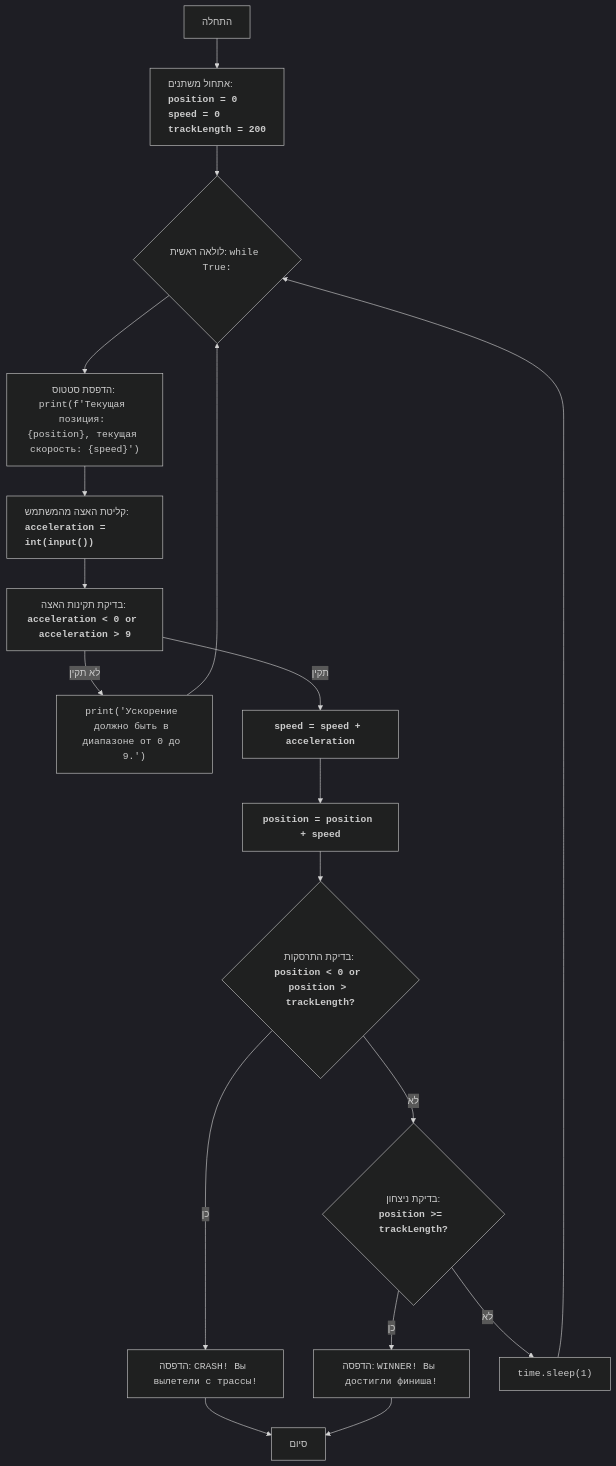
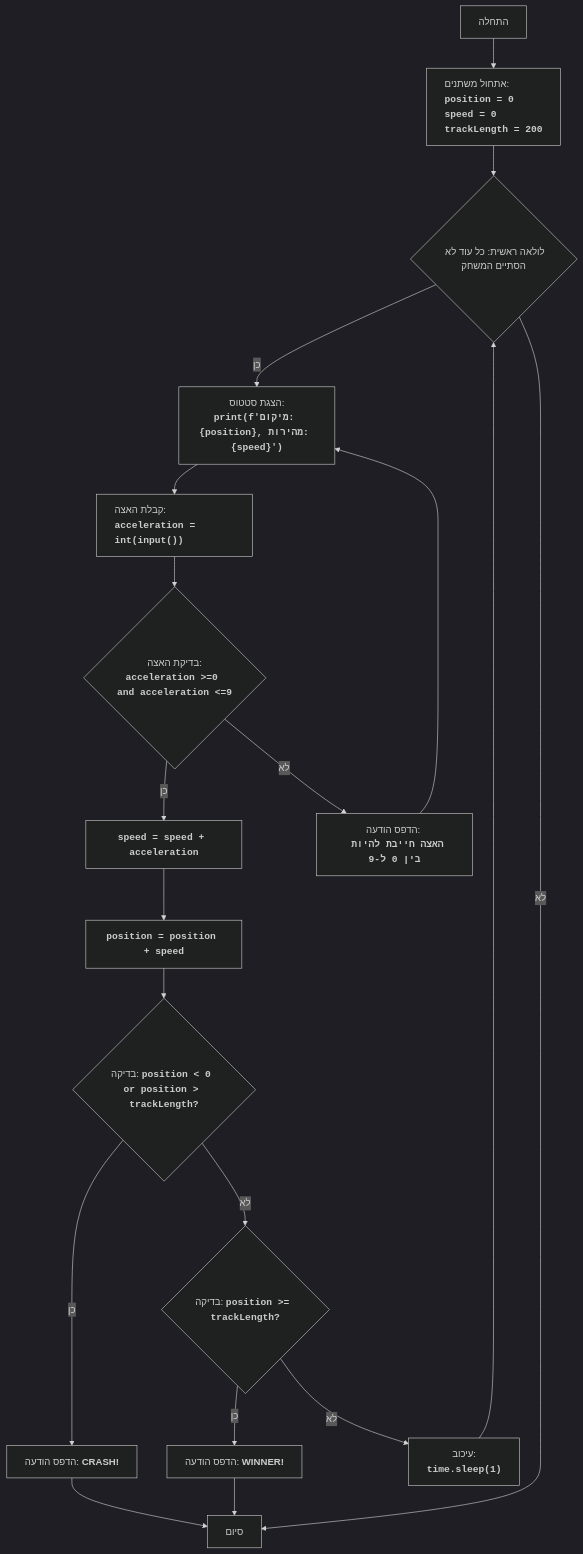
One commit to hypo69/hypo changed the diagram in docs/gemini/he/explainer/src/endpoints/ai_games/101_basic_computer_games/ru/GAMES/CAN AM/can_am.py.md. Above: the diagram before and after it, drawn with Mermaid (dark theme). The commit also changed other lines of this file and 885 other files, not shown here.

````diff
--- a/docs/gemini/he/explainer/src/endpoints/ai_games/101_basic_computer_games/ru/GAMES/CAN AM/can_am.py.md
+++ b/docs/gemini/he/explainer/src/endpoints/ai_games/101_basic_computer_games/ru/GAMES/CAN AM/can_am.py.md
@@ -56,20 +36,22 @@
 ```mermaid
 flowchart TD
     Start["התחלה"] --> InitializeVariables["<p align='left'>אתחול משתנים:<br><code><b>position = 0</b><br><b>speed = 0</b><br><b>trackLength = 200</b></code></p>"]
-    InitializeVariables --> LoopStart{"לולאה ראשית: <code>while True:</code>"}
-    LoopStart --> PrintStatus["הדפסת סטטוס: <br><code>print(f'Текущая позиция: {position}, текущая скорость: {speed}')</code>"]
-    PrintStatus --> InputAcceleration["<p align='left'>קליטת האצה מהמשתמש:<br><code><b>acceleration = int(input())</b></code></p>"]
-   InputAcceleration --> ValidateAcceleration["בדיקת תקינות האצה: <br><code><b>acceleration < 0 or acceleration > 9</b></code>"]
-    ValidateAcceleration -- לא תקין --> ErrorMessage["<code>print('Ускорение должно быть в диапазоне от 0 до 9.')</code>"]
-    ErrorMessage --> LoopStart
-    ValidateAcceleration -- תקין --> UpdateSpeed["<code><b>speed = speed + acceleration</b></code>"]
+    InitializeVariables --> LoopStart{"לולאה ראשית: כל עוד לא הסתיים המשחק"}
+    LoopStart -- כן --> DisplayStatus["הצגת סטטוס:<br><code><b>print(f'מיקום: {position}, מהירות: {speed}')</b></code>"]
+    DisplayStatus --> InputAcceleration["<p align='left'>קבלת האצה:<br><code><b>acceleration = int(input())</b></code></p>"]
+    InputAcceleration --> ValidateAcceleration{"בדיקת האצה:<br><code><b>acceleration >=0 and acceleration <=9</b></code>"}
+    ValidateAcceleration -- כן --> UpdateSpeed["<code><b>speed = speed + acceleration</b></code>"]
+    ValidateAcceleration -- לא --> ErrorAcceleration["הדפס הודעה: <br><code><b>האצה חייבת להיות בין 0 ל-9</b></code>"]
+    ErrorAcceleration --> DisplayStatus
     UpdateSpeed --> UpdatePosition["<code><b>position = position + speed</b></code>"]
-    UpdatePosition --> CheckCrash{"בדיקת התרסקות: <br><code><b>position < 0 or position > trackLength?</b></code>"}
-    CheckCrash -- כן --> OutputCrash["הדפסה: <code>CRASH! Вы вылетели с трассы!</code>"]
+    UpdatePosition --> CheckCrash{"בדיקה: <code><b>position < 0 or position > trackLength?</b></code>"}
+    CheckCrash -- כן --> OutputCrash["הדפס הודעה: <b>CRASH!</b>"]
     OutputCrash --> End["סיום"]
-    CheckCrash -- לא --> CheckWin{"בדיקת ניצחון:<br><code><b>position >= trackLength?</b></code>"}
-    CheckWin -- כן --> OutputWin["הדפסה: <code>WINNER! Вы достигли финиша!</code>"]
+    CheckCrash -- לא --> CheckWin{"בדיקה: <code><b>position >= trackLength?</b></code>"}
+    CheckWin -- כן --> OutputWin["הדפס הודעה: <b>WINNER!</b>"]
     OutputWin --> End
-     CheckWin -- לא --> Delay["<code>time.sleep(1)</code>"]
+    CheckWin -- לא --> Delay["עיכוב:<br><code><b>time.sleep(1)</b></code>"]
     Delay --> LoopStart
+    LoopStart -- לא --> End
+    
 ```
````
